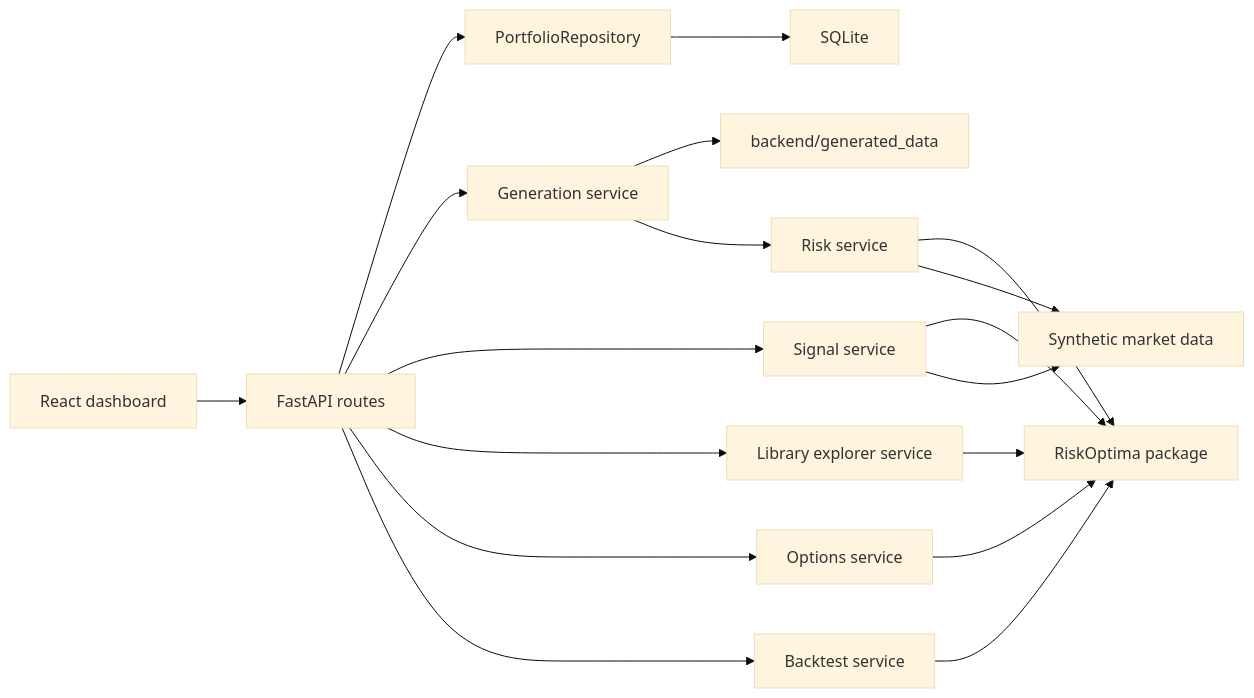
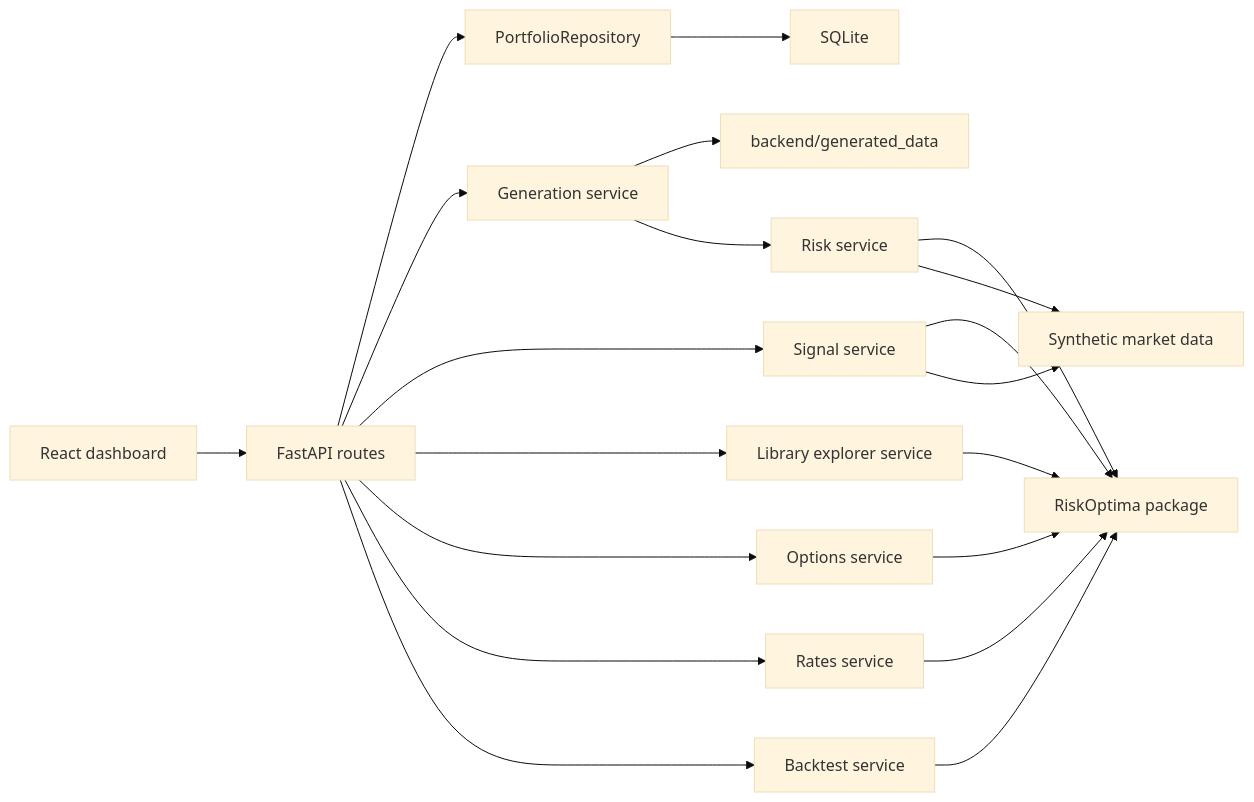
One commit to JordiCorbilla/RiskOptima-Platform changed the diagram in docs/architecture.md. Above: the diagram before and after it, drawn with Mermaid (base theme). The commit also changed other lines of this file and 27 other files, not shown here.

Commit message:
Add RiskOptima 2.7 rates workbench

````diff
--- a/docs/architecture.md
+++ b/docs/architecture.md
@@ -12,20 +12,22 @@
 ```mermaid
 flowchart LR
   UI["React dashboard"] --> API["FastAPI routes"]
   API --> Repo["PortfolioRepository"]
   Repo --> SQLite["SQLite"]
   API --> Runs["Generation service"]
   Runs --> Cache["backend/generated_data"]
   Runs --> Analytics["Risk service"]
   API --> Signals["Signal service"]
   API --> Library["Library explorer service"]
   API --> Options["Options service"]
+  API --> Rates["Rates service"]
   API --> Backtests["Backtest service"]
   Signals --> RiskOptima
   Library --> RiskOptima
   Options --> RiskOptima
+  Rates --> RiskOptima
   Backtests --> RiskOptima
   Analytics --> RiskOptima["RiskOptima package"]
   Analytics --> Synthetic["Synthetic market data"]
   Signals --> Synthetic
 ```
````
